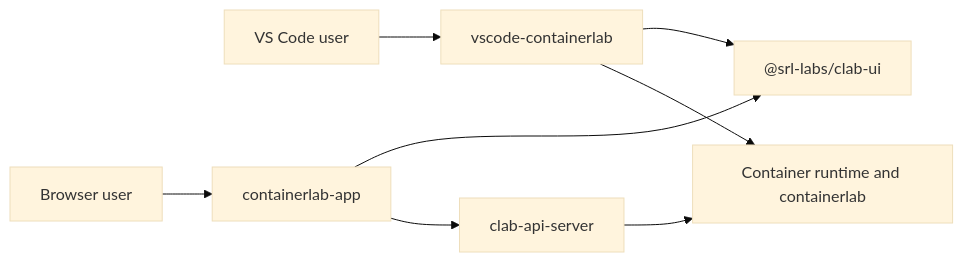
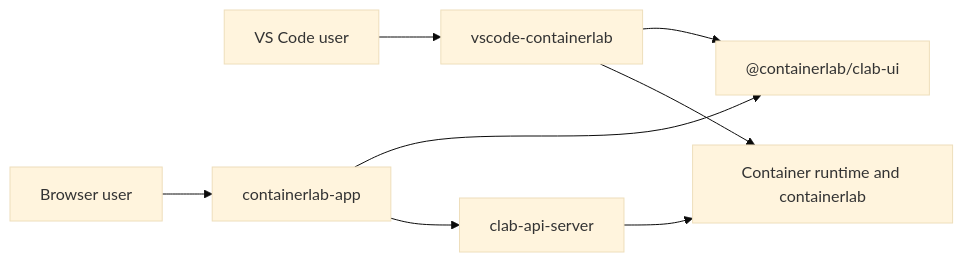
The first of 5 diagrams in packages/clab-ui/docs/00-platform-deep-dive.md (srl-labs/containerlab-app), drawn with Mermaid (base theme) before and after one commit. The commit also changed other lines of this file and 132 other files, not shown here.

````diff
--- a/packages/clab-ui/docs/00-platform-deep-dive.md
+++ b/packages/clab-ui/docs/00-platform-deep-dive.md
@@ -24,18 +24,18 @@
 ```mermaid
 flowchart LR
     Browser["Browser user"]
     VSCode["VS Code user"]
-    UI["@srl-labs/clab-ui"]
+    UI["@containerlab/clab-ui"]
     WebHost["containerlab-app"]
     Extension["vscode-containerlab"]
     API["clab-api-server"]
     Runtime["Container runtime and containerlab"]
 
     Browser --> WebHost
     VSCode --> Extension
     WebHost --> UI
     Extension --> UI
     WebHost --> API
     API --> Runtime
     Extension --> Runtime
 ```
````
